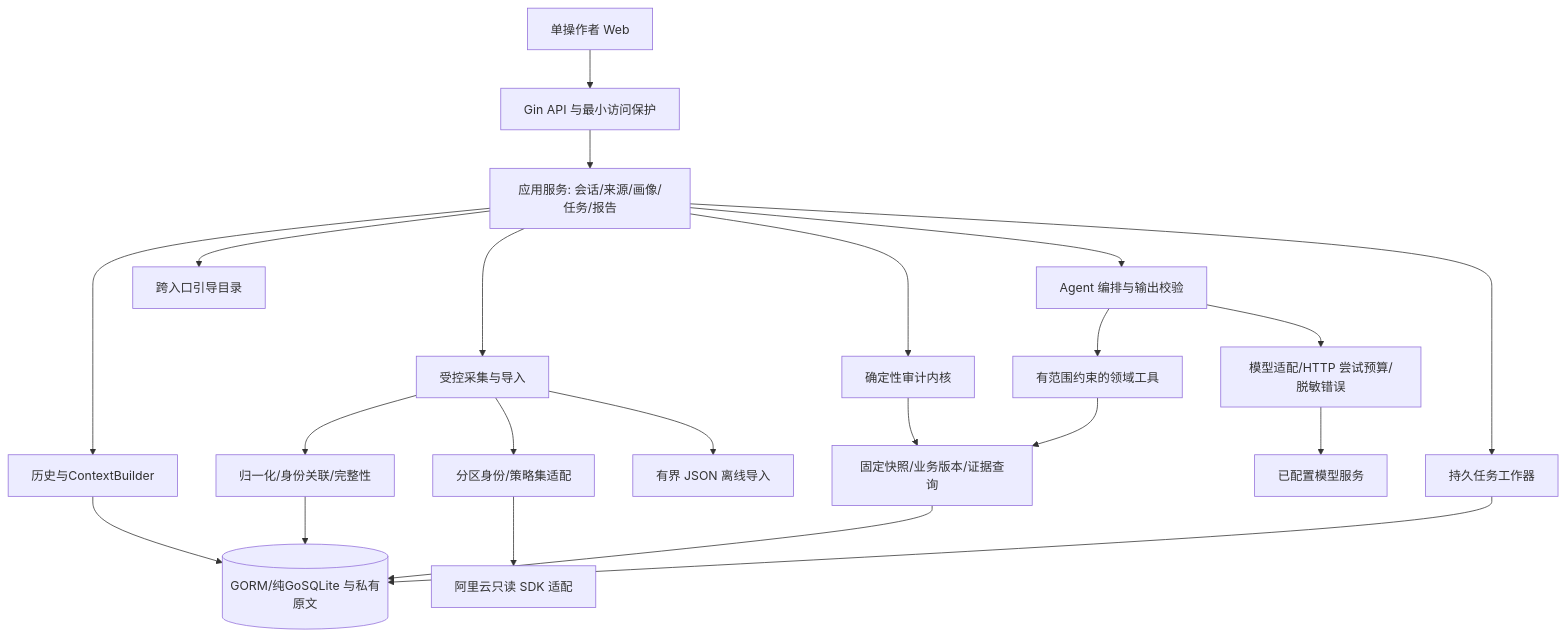
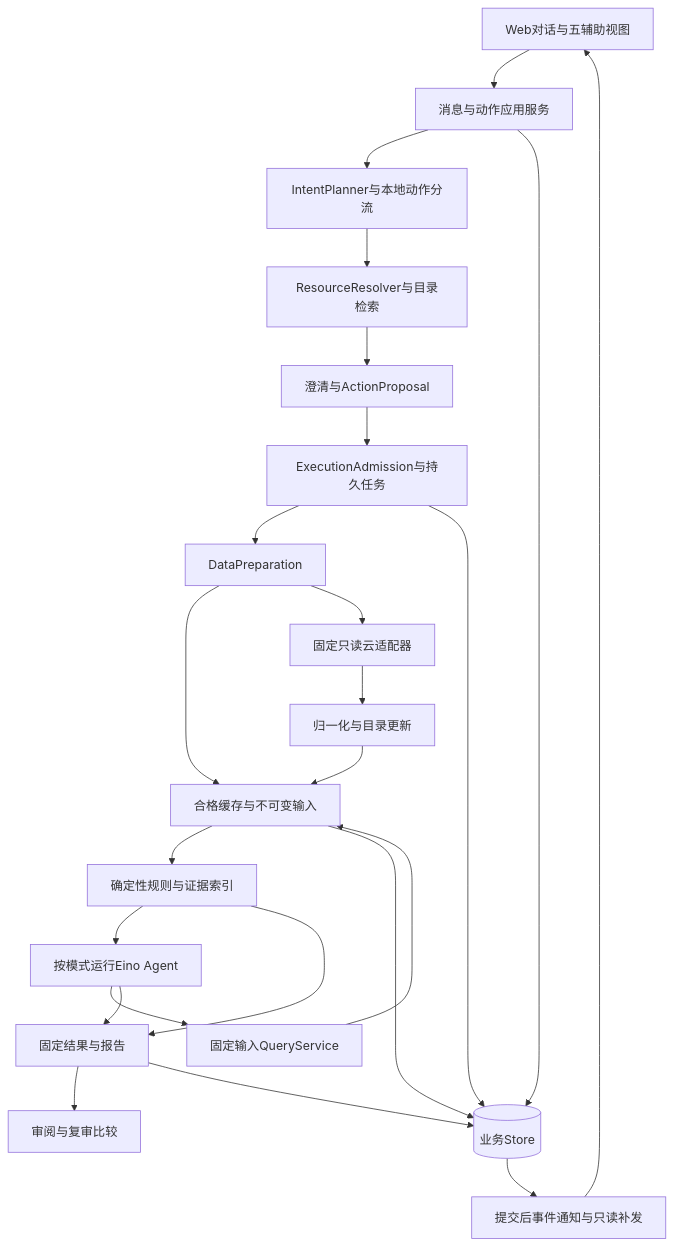
One commit to codelaod/cfw-policy-llm-agent changed the diagram in docs/design/architecture.md. Above: the diagram before and after it, drawn with Mermaid. The commit also changed other lines of this file and 331 other files, not shown here.

````diff
--- a/docs/design/architecture.md
+++ b/docs/design/architecture.md
@@ -70,24 +36,26 @@
 ```mermaid
-flowchart TB
-  U[单操作者 Web] --> H[Gin API 与最小访问保护]
-  H --> A[应用服务: 会话/来源/画像/任务/报告]
-  A --> HS[历史与ContextBuilder]
-  HS --> S
-  A --> GC[跨入口引导目录]
-  A --> C[受控采集与导入]
-  A --> R[确定性审计内核]
-  A --> G[Agent 编排与输出校验]
-  A --> J[持久任务工作器]
-  G --> T[有范围约束的领域工具]
-  T --> Q[固定快照/业务版本/证据查询]
-  R --> Q
-  C --> N[归一化/身份关联/完整性]
-  N --> S[(GORM/纯GoSQLite 与私有原文)]
-  Q --> S
-  J --> S
-  C --> SP[分区身份/策略集适配]
-  SP --> AL[阿里云只读 SDK 适配]
-  C --> IM[有界 JSON 离线导入]
-  G --> P[模型适配/HTTP 尝试预算/脱敏错误]
-  P --> M[已配置模型服务]
+flowchart TD
+  U[Web对话与五辅助视图] --> A[消息与动作应用服务]
+  A --> P[IntentPlanner与本地动作分流]
+  P --> D[ResourceResolver与目录检索]
+  D --> C[澄清与ActionProposal]
+  C --> E[ExecutionAdmission与持久任务]
+  E --> F[DataPreparation]
+  F --> K[合格缓存与不可变输入]
+  F --> L[固定只读云适配器]
+  L --> N[归一化与目录更新]
+  N --> K
+  K --> R[确定性规则与证据索引]
+  R --> G[按模式运行Eino Agent]
+  G --> Q[固定输入QueryService]
+  Q --> K
+  R --> O[固定结果与报告]
+  G --> O
+  O --> V[审阅与复审比较]
+  A --> S[(业务Store)]
+  E --> S
+  K --> S
+  O --> S
+  S --> T[提交后事件通知与只读补发]
+  T --> U
 ```
````
